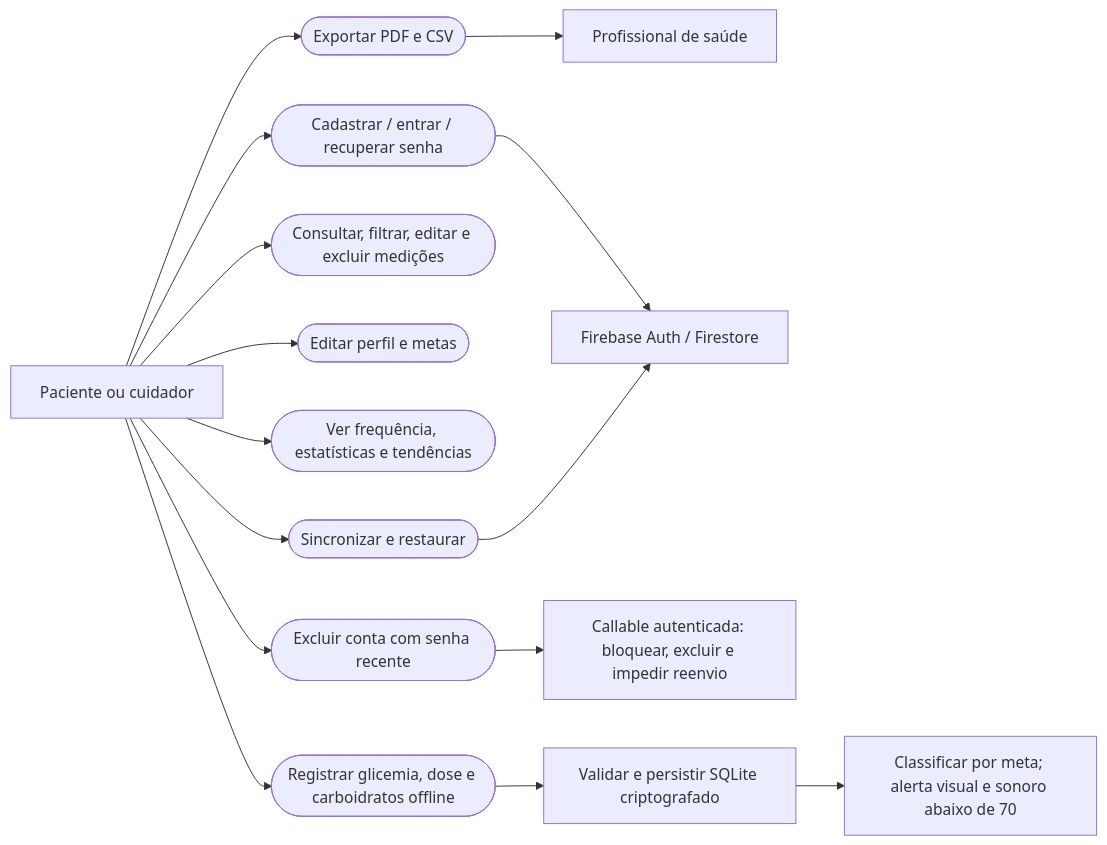
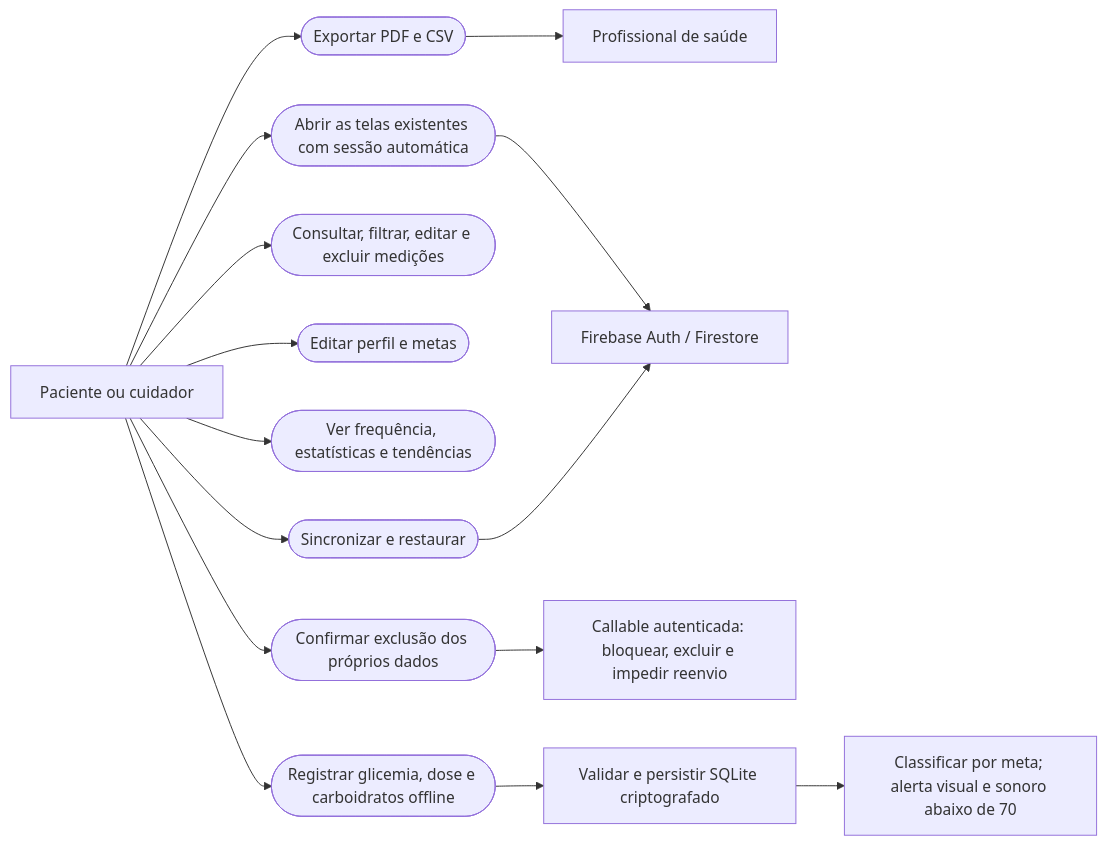
One commit to Lauroaugst/GlicoTrack changed the first of 2 diagrams in docs/fluxos-unidade-ii.md. Above: the diagram before and after it, drawn with Mermaid. The commit also changed other lines of this file and 20 other files, not shown here.

````diff
--- a/docs/fluxos-unidade-ii.md
+++ b/docs/fluxos-unidade-ii.md
@@ -5,20 +5,20 @@
 ```mermaid
 flowchart LR
   pessoa[Paciente ou cuidador]
   profissional[Profissional de saúde]
   firebase[Firebase Auth / Firestore]
-  pessoa --> cadastro([Cadastrar / entrar / recuperar senha])
+  pessoa --> inicio([Abrir as telas existentes com sessão automática])
   pessoa --> registro([Registrar glicemia, dose e carboidratos offline])
   pessoa --> editar([Consultar, filtrar, editar e excluir medições])
   pessoa --> metas([Editar perfil e metas])
   pessoa --> indicadores([Ver frequência, estatísticas e tendências])
   pessoa --> exportar([Exportar PDF e CSV])
   exportar --> profissional
   pessoa --> backup([Sincronizar e restaurar])
-  pessoa --> excluir([Excluir conta com senha recente])
-  cadastro --> firebase
+  pessoa --> excluir([Confirmar exclusão dos próprios dados])
+  inicio --> firebase
   backup --> firebase
   excluir --> servidor[Callable autenticada: bloquear, excluir e impedir reenvio]
   registro --> validar[Validar e persistir SQLite criptografado]
   validar --> alerta[Classificar por meta; alerta visual e sonoro abaixo de 70]
 ```
````
